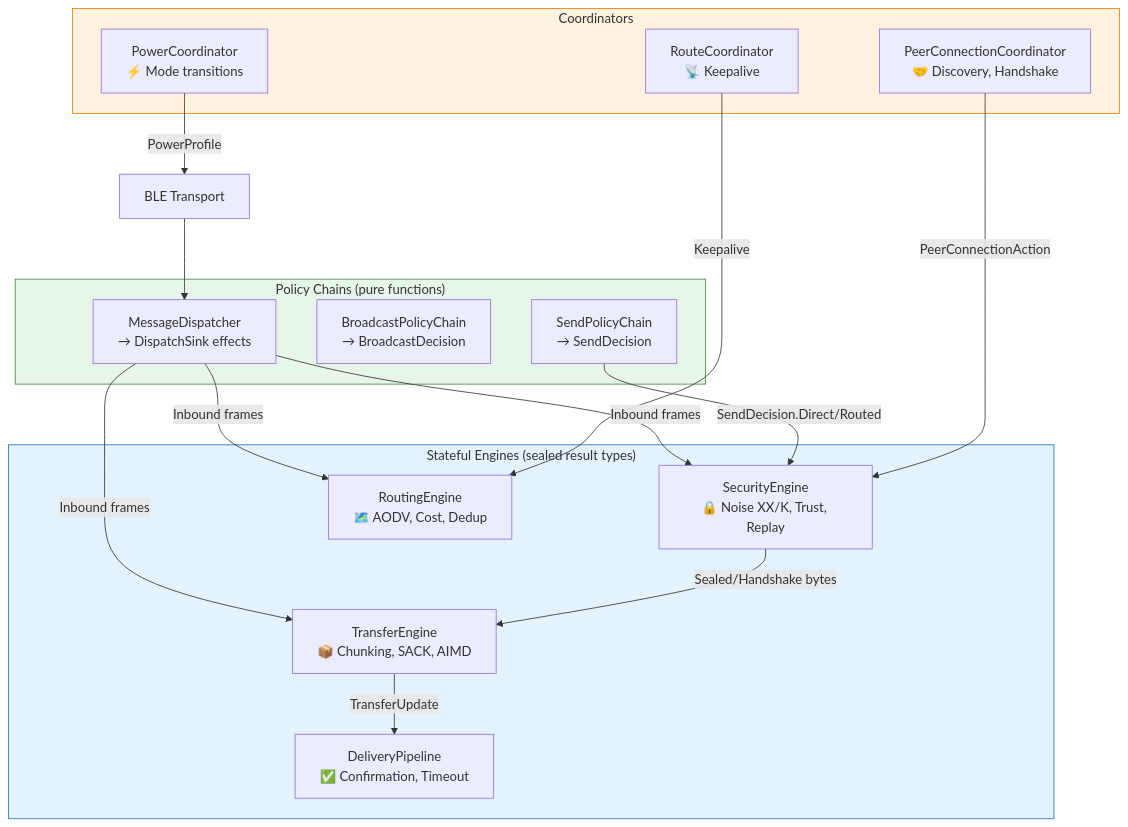
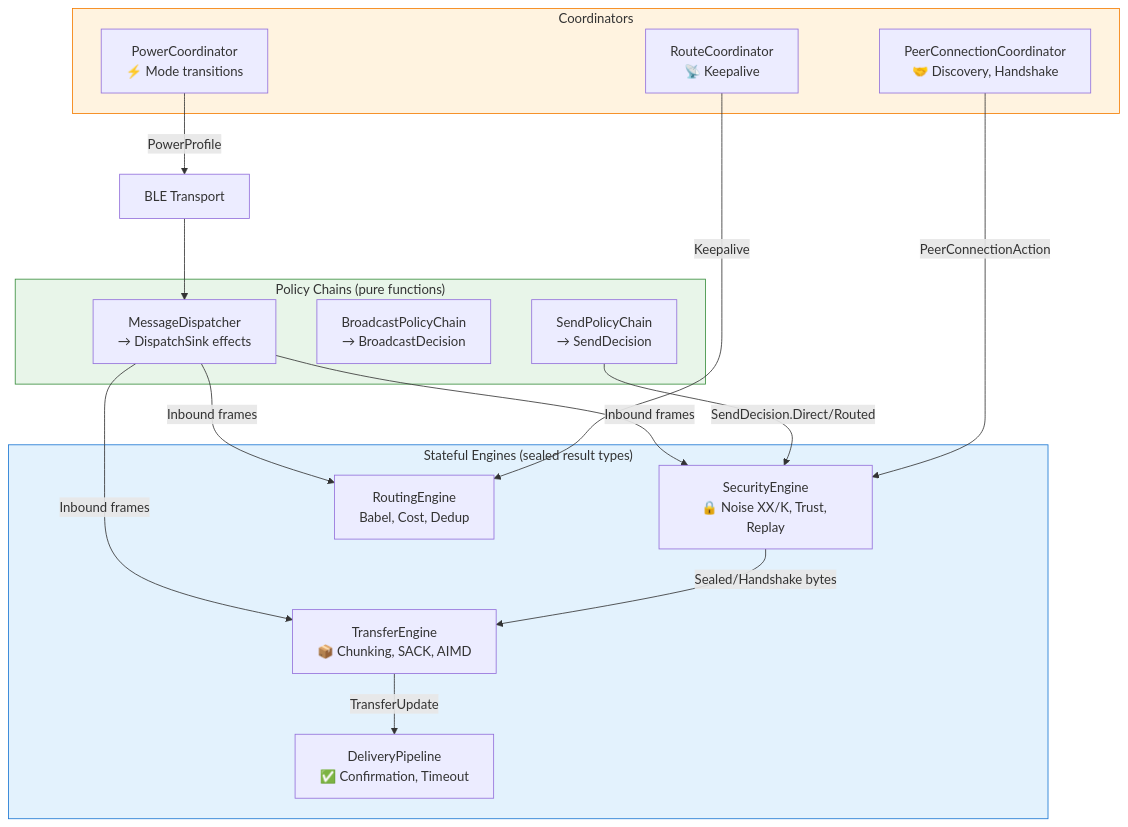
Before and after one commit to trancee/MeshLink: diagram 11 of 14 in docs/diagrams.md, drawn with Mermaid. The commit also changed other lines of this file and 5 other files, not shown here.

Commit message:
feat: Update documentation to reflect Babel protocol changes in routing and message formats

````diff
--- a/docs/diagrams.md
+++ b/docs/diagrams.md
@@ -387,36 +387,36 @@
 ```mermaid
 flowchart TD
     subgraph Facades["Stateful Engines (sealed result types)"]
         SE["SecurityEngine<br/>🔒 Noise XX/K, Trust, Replay"]
-        RE["RoutingEngine<br/>🗺️ AODV, Cost, Dedup"]
+        RE["RoutingEngine<br/>Babel, Cost, Dedup"]
         TE["TransferEngine<br/>📦 Chunking, SACK, AIMD"]
         DP["DeliveryPipeline<br/>✅ Confirmation, Timeout"]
     end
 
     subgraph Orchestrators["Coordinators"]
         PC["PowerCoordinator<br/>⚡ Mode transitions"]
         GC["RouteCoordinator<br/>📡 Keepalive"]
         PCC["PeerConnectionCoordinator<br/>🤝 Discovery, Handshake"]
     end
 
     subgraph Chains["Policy Chains (pure functions)"]
         SPC["SendPolicyChain<br/>→ SendDecision"]
         BPC["BroadcastPolicyChain<br/>→ BroadcastDecision"]
         MD["MessageDispatcher<br/>→ DispatchSink effects"]
     end
 
     BLE["BLE Transport"]
 
     BLE --> MD
     MD -->|"Inbound frames"| TE & SE & RE
     SPC -->|"SendDecision.Direct/Routed"| SE
     SE -->|"Sealed/Handshake bytes"| TE
     TE -->|"TransferUpdate"| DP
     GC -->|"Keepalive"| RE
     PCC -->|"PeerConnectionAction"| SE
     PC -->|"PowerProfile"| BLE
 
     style Facades fill:#e3f2fd,stroke:#1976d2
     style Orchestrators fill:#fff3e0,stroke:#f57c00
     style Chains fill:#e8f5e9,stroke:#388e3c
 ```
````
